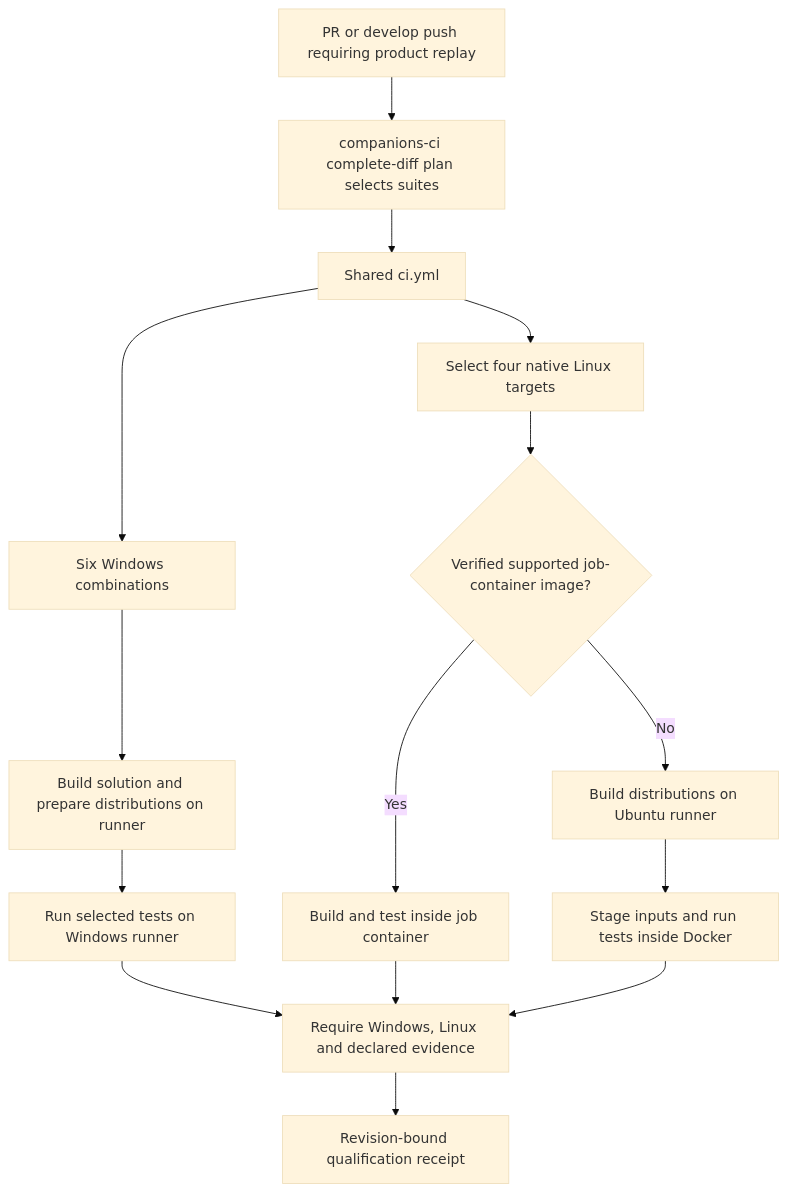
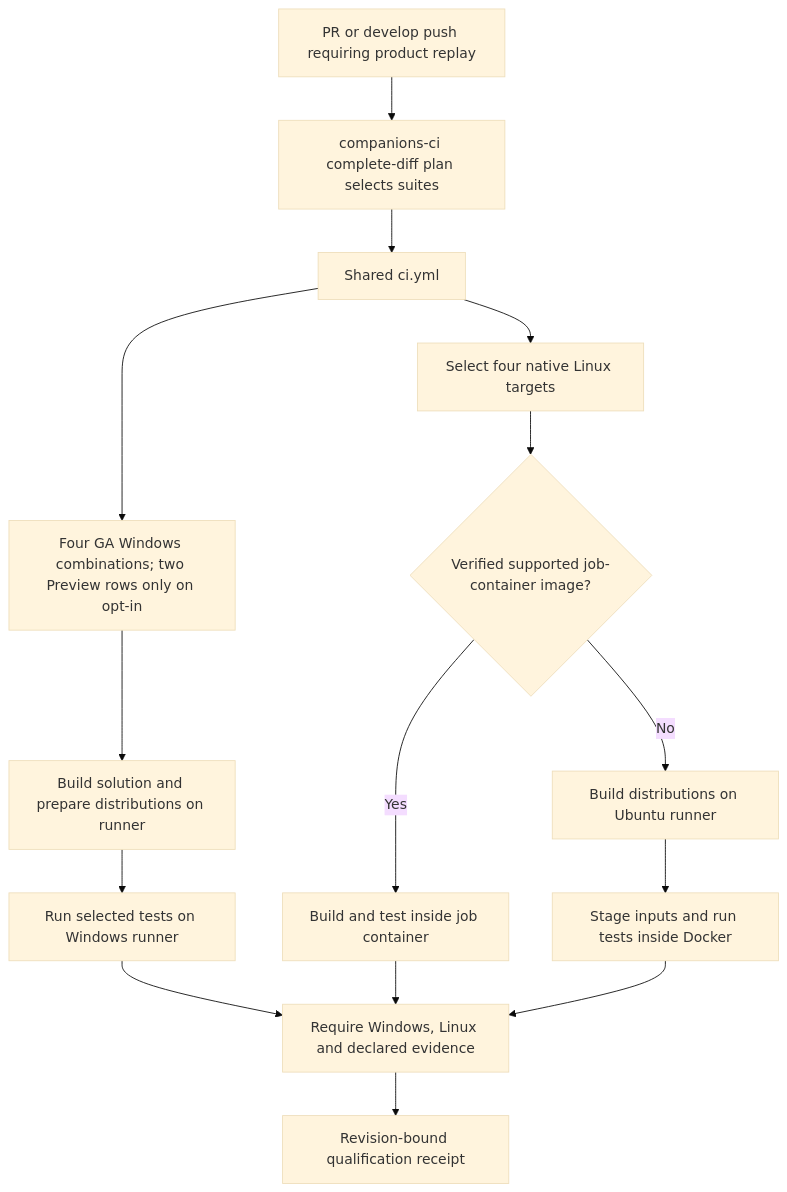
One commit to FrenchExDev2/QuietCli.PoSh changed the diagram in README-qualification-when-where-how.md. Above: the diagram before and after it, drawn with Mermaid (base theme). The commit also changed other lines of this file and 41 other files, not shown here.

````diff
--- a/README-qualification-when-where-how.md
+++ b/README-qualification-when-where-how.md
@@ -54,17 +54,17 @@
 ```mermaid
 flowchart TD
     P[PR or develop push requiring product replay] --> S[companions-ci complete-diff plan selects suites]
     S --> C[Shared ci.yml]
-    C --> W[Six Windows combinations]
+    C --> W[Four GA Windows combinations; two Preview rows only on opt-in]
     C --> L[Select four native Linux targets]
     W --> WB[Build solution and prepare distributions on runner]
     WB --> WT[Run selected tests on Windows runner]
     L --> J{Verified supported job-container image?}
     J -- Yes --> JB[Build and test inside job container]
     J -- No --> FB[Build distributions on Ubuntu runner]
     FB --> FT[Stage inputs and run tests inside Docker]
     WT --> G[Require Windows, Linux and declared evidence]
     JB --> G
     FT --> G
     G --> Q[Revision-bound qualification receipt]
 ```
````
